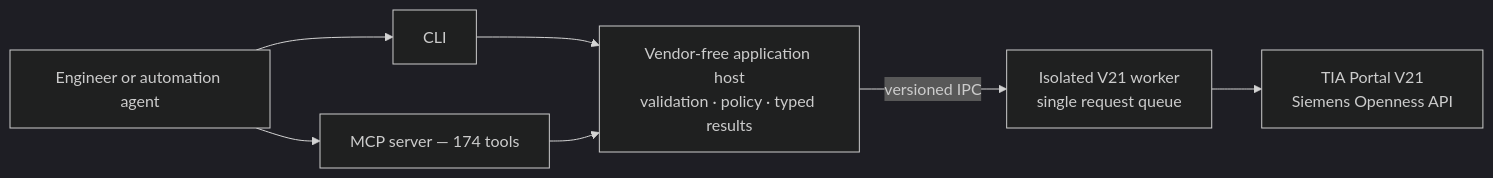
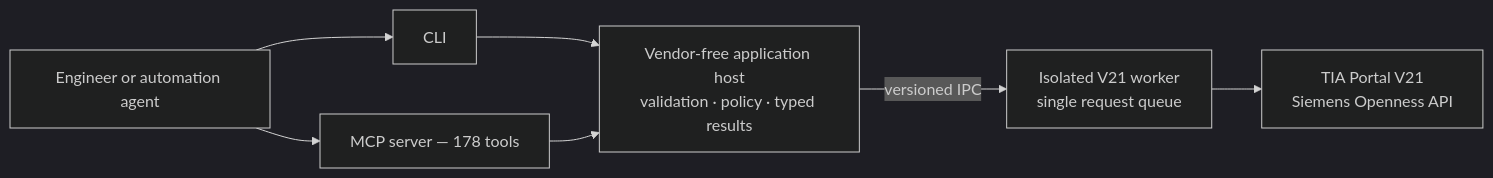
Before and after one commit to mistik91/OpenTiaToolkit: the diagram in README.md, drawn with Mermaid (dark theme). The commit also changed other lines of this file and 35 other files, not shown here.

````diff
--- a/README.md
+++ b/README.md
@@ -61,16 +61,16 @@
 ```mermaid
 flowchart LR
     U["Engineer or automation agent"]
     CLI["CLI"]
-    MCP["MCP server — 174 tools"]
+    MCP["MCP server — 178 tools"]
     APP["Vendor-free application host<br/>validation · policy · typed results"]
     W["Isolated V21 worker<br/>single request queue"]
     TIA["TIA Portal V21<br/>Siemens Openness API"]
 
     U --> CLI
     U --> MCP
     CLI --> APP
     MCP --> APP
     APP -->|"versioned IPC"| W
     W --> TIA
 ```
````
